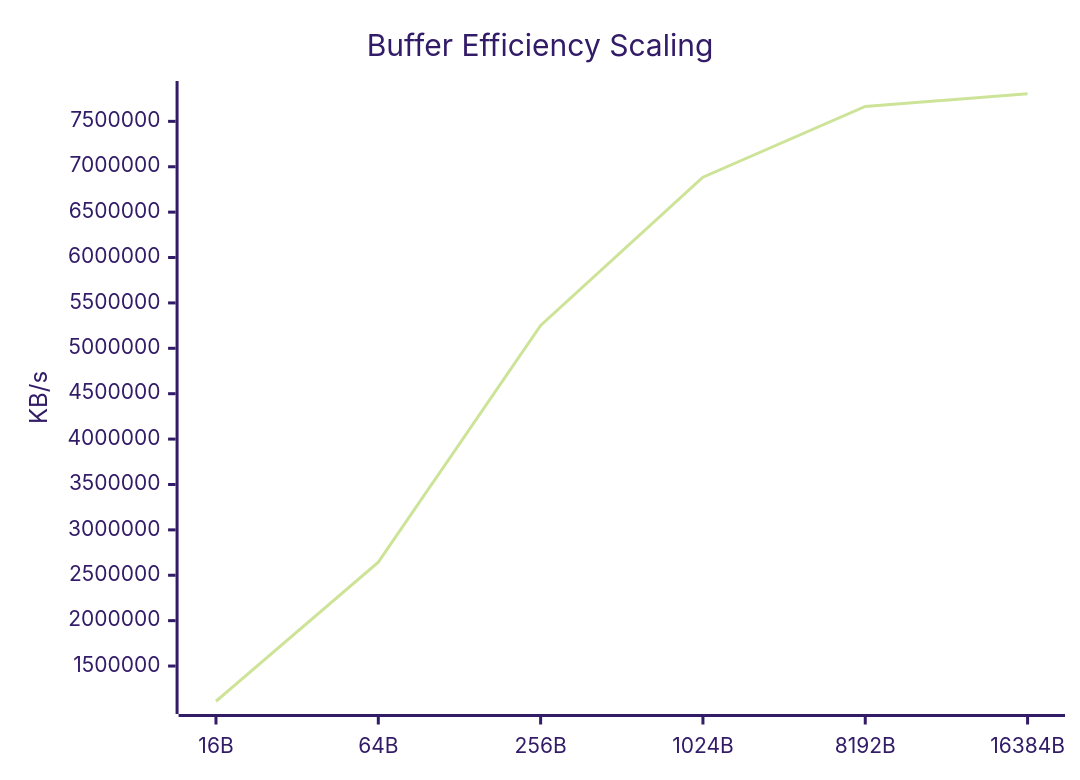
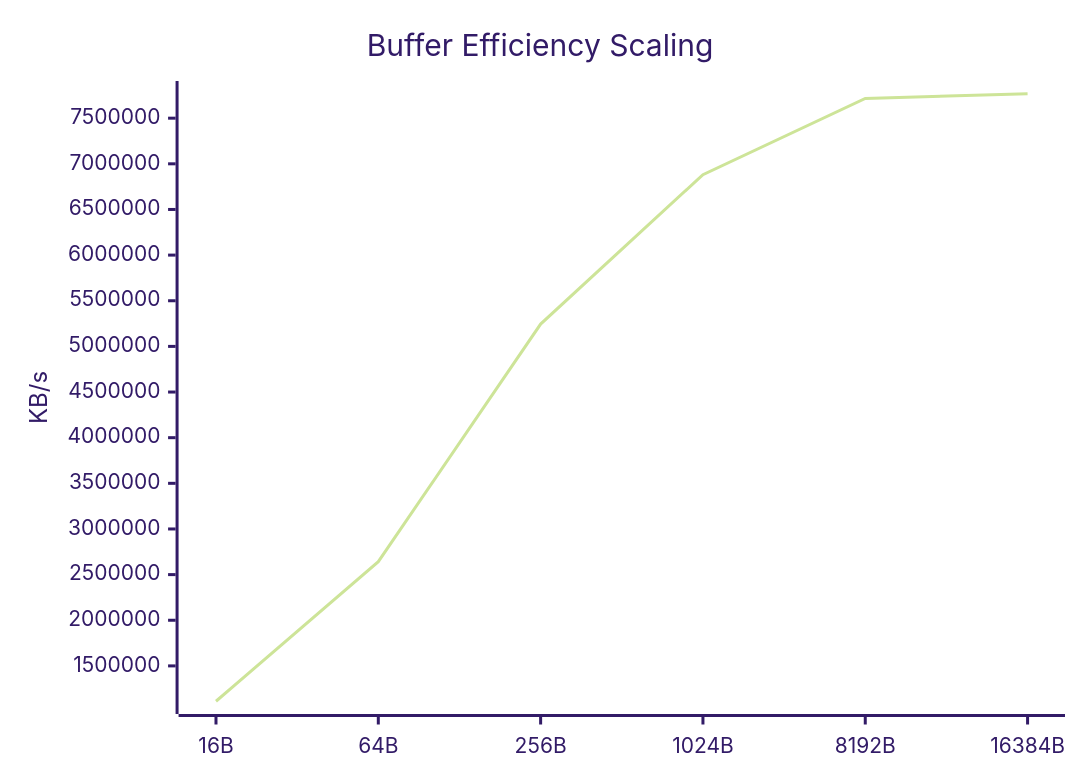
One commit to taha2samy/openssl_fips changed the eighth of 9 diagrams in docs/Comparison_Report.md. Above: the diagram before and after it, drawn with Mermaid (forest theme). The commit also changed other lines of this file and 2 other files, not shown here.

````diff
--- a/docs/Comparison_Report.md
+++ b/docs/Comparison_Report.md
@@ -118,7 +118,7 @@
 ```mermaid
 xychart-beta
     title "Buffer Efficiency Scaling"
     x-axis [16B, 64B, 256B, 1024B, 8192B, 16384B]
     y-axis "KB/s"
-    line [1112130.53, 2643691.52, 5251316.74, 6885137.92, 7664545.79, 7804092.42]
+    line [1112731.28, 2641477.72, 5244113.2, 6881319.42, 7715786.75, 7767565.93]
 ```
````
